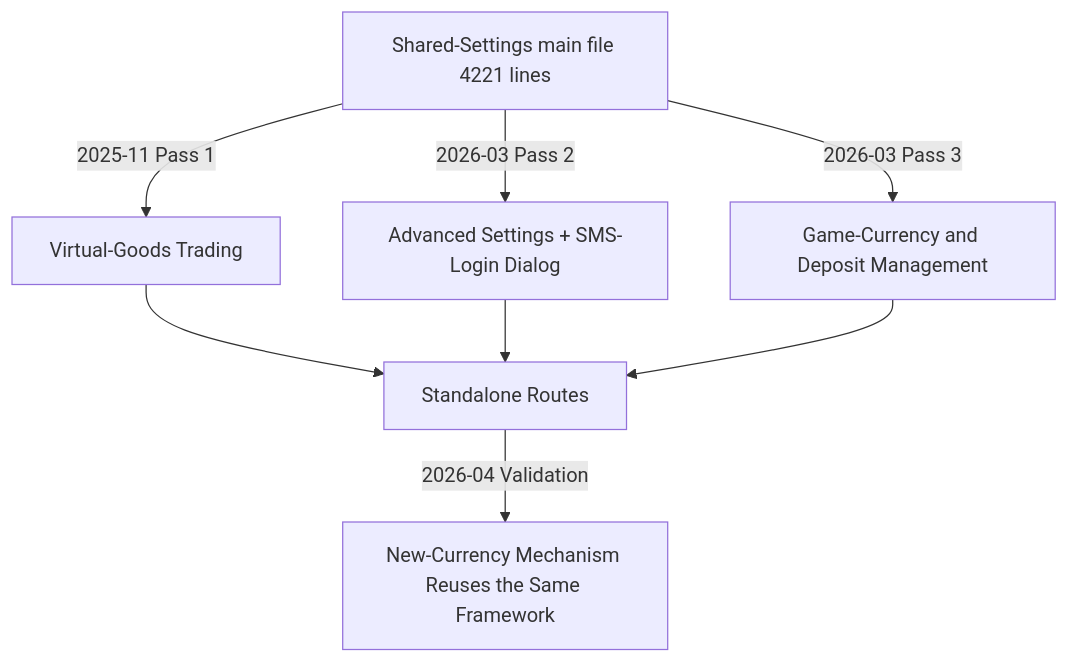
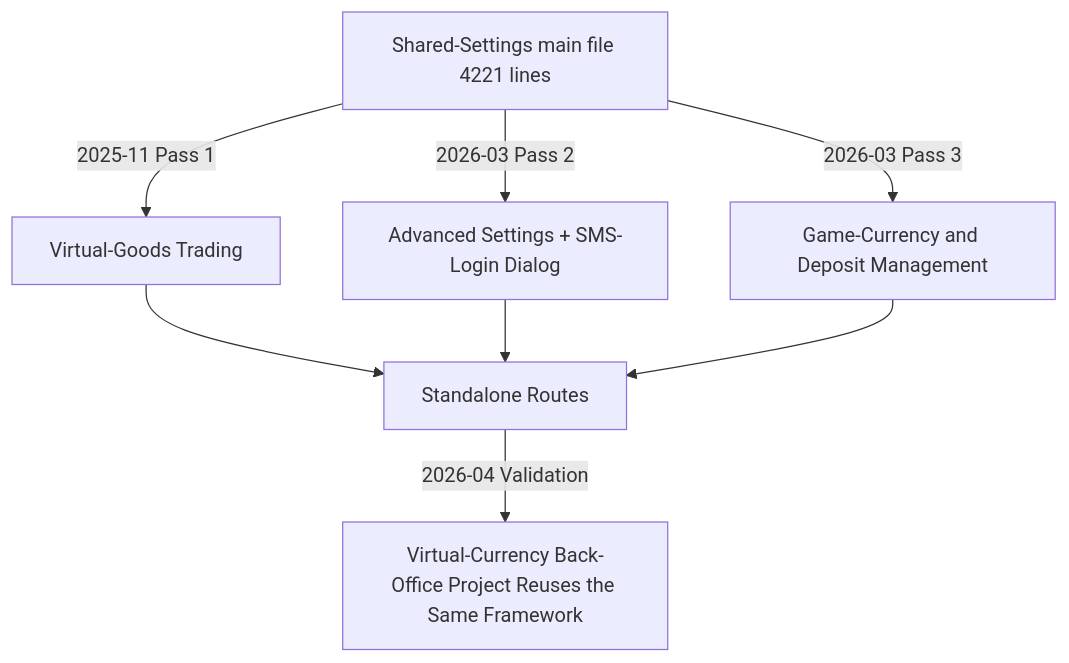
One commit to leemengju/leemengju.github.io changed the diagram in src/content/projects-en/commonset-modularization.md. Above: the diagram before and after it, drawn with Mermaid. The commit also changed other lines of this file and 13 other files, not shown here.

````diff
--- a/src/content/projects-en/commonset-modularization.md
+++ b/src/content/projects-en/commonset-modularization.md
@@ -64,10 +64,10 @@
 ```mermaid
 graph TD
   A[Shared-Settings main file 4221 lines] -->|2025-11 Pass 1| B[Virtual-Goods Trading]
   A -->|2026-03 Pass 2| C[Advanced Settings + SMS-Login Dialog]
   A -->|2026-03 Pass 3| D[Game-Currency and Deposit Management]
   B --> E[Standalone Routes]
   C --> E
   D --> E
-  E -->|2026-04 Validation| F[New-Currency Mechanism Reuses the Same Framework]
+  E -->|2026-04 Validation| F[Virtual-Currency Back-Office Project Reuses the Same Framework]
 ```
````
